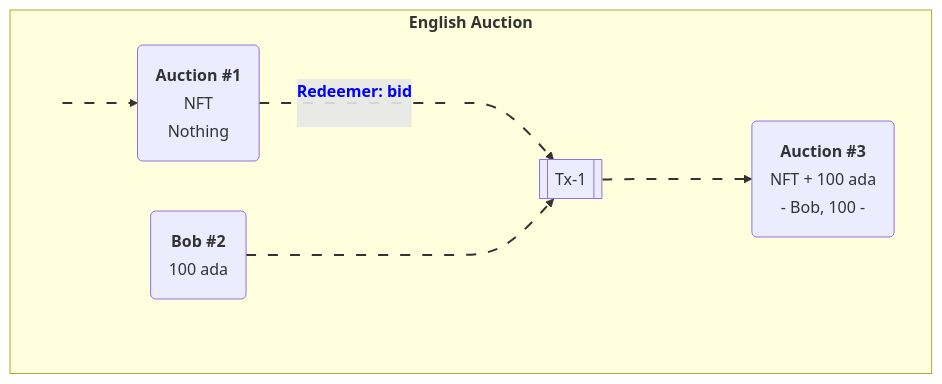
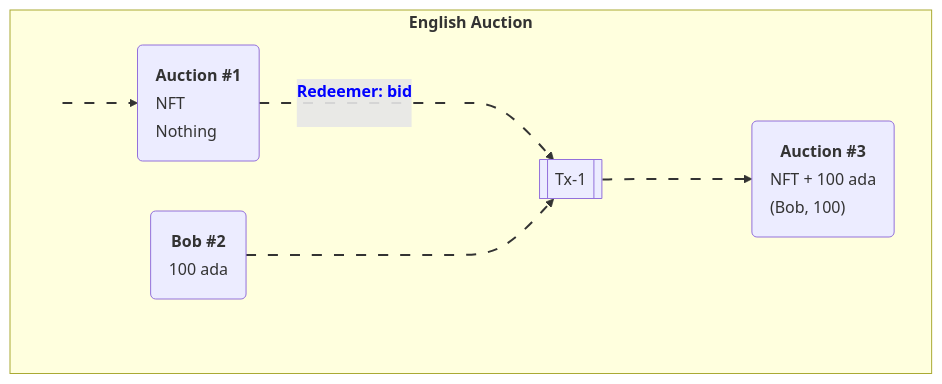
Before and after one commit to RalfWeiss/ergo-course-summary: the second of 3 diagrams in cardano/week1-auction.md, drawn with Mermaid. The commit also changed other lines of this file and 11 other files, not shown here.

Commit message:
trying different flow

````diff
--- a/cardano/week1-auction.md
+++ b/cardano/week1-auction.md
@@ -62,33 +62,35 @@
 ```mermaid
 flowchart TD 
   subgraph TOP[<b>English Auction</b>]
   direction LR
 
     %% Defining invisible Connector
     C1(( )):::invisible
     C2(( )):::invisible
     C3(( )):::invisible
 
     %% Defining the UTxO's // align=Left funktioniert nicht
-    U1( <table><tr><th>Auction #1</th></tr><tr><td>NFT<br /></td></tr><tr><td>Nothing</td></tr></table> )
-    U2( <table><tr><th>Bob #2</th></tr><tr><td>100 ada<br /></td></tr></table> )
+    U1("<table><tr><th>Auction #1</th></tr><tr><td align='left'>NFT<br /></td></tr><tr><td align='left'>Nothing</td></tr></table>")
+    U2("<table><tr><th>Bob #2</th></tr><tr><td align='left'>100 ada<br /></td></tr></table>")
 
     %% Defining the Tx1 and its connections
     T1[[Tx-1]]
 
     C1 --> U1
     U1 -- <p><b>Redeemer: bid</b><br/><br/></p> --- C2
     C2 --> T1
     U2 ---> T1
 
     %% Defining the Outputs 
-    U3( <table><tr><th>Auction #3</th></tr><tr><td>NFT + 100 ada<br /></td></tr><tr><td> - Bob, 100 - </td></tr></table> )
+    U3("<table><tr><th>Auction #3</th></tr><tr><td align='left'>NFT + 100 ada<br /></td></tr><tr><td align='left'>(Bob, 100)</td></tr></table>")
 
     %% Connect Tx with Outputs 
     T1 ---> U3
+
+    
 
     %% Defining Styles
     classDef invisible fill:none,stroke:none;
     linkStyle 0,1,2,3,4 stroke:#333,stroke-width:2px,color:blue,stroke-dasharray: 10 12;
   end
 ```
````
